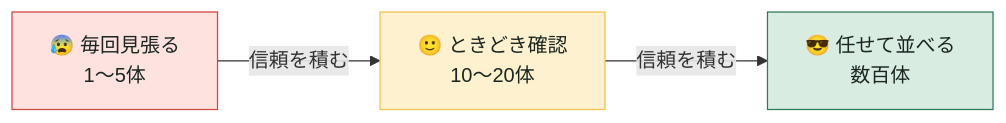
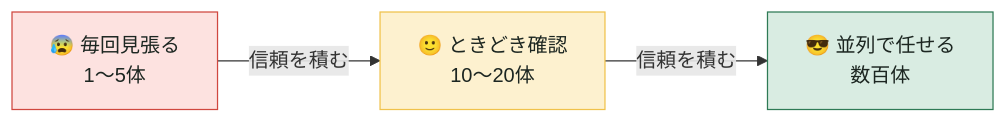
The first of 14 diagrams in articles/20260923-ai-kitchen-trust-ladder.md (souljazzfunk/zenn-content), drawn with Mermaid before and after one commit. The commit also changed other lines of this file and 5 other files, not shown here.

Commit message:
Use 並列で任せる instead of 任せて並べる; lint unnatural phrases

````diff
--- a/articles/20260923-ai-kitchen-trust-ladder.md
+++ b/articles/20260923-ai-kitchen-trust-ladder.md
@@ -29,11 +29,11 @@
 ```mermaid
 flowchart LR
     A["😰 毎回見張る<br/>1〜5体"] -->|"信頼を積む"| B["🙂 ときどき確認<br/>10〜20体"]
-    B -->|"信頼を積む"| C["😎 任せて並べる<br/>数百体"]
+    B -->|"信頼を積む"| C["😎 並列で任せる<br/>数百体"]
     classDef low fill:#fde2e0,stroke:#d0473f,color:#1c2621
     classDef mid fill:#fdf1cf,stroke:#f0c24b,color:#1c2621
     classDef high fill:#d9ece2,stroke:#2e7a55,color:#1c2621
     class A low
     class B mid
     class C high
 ```
````
